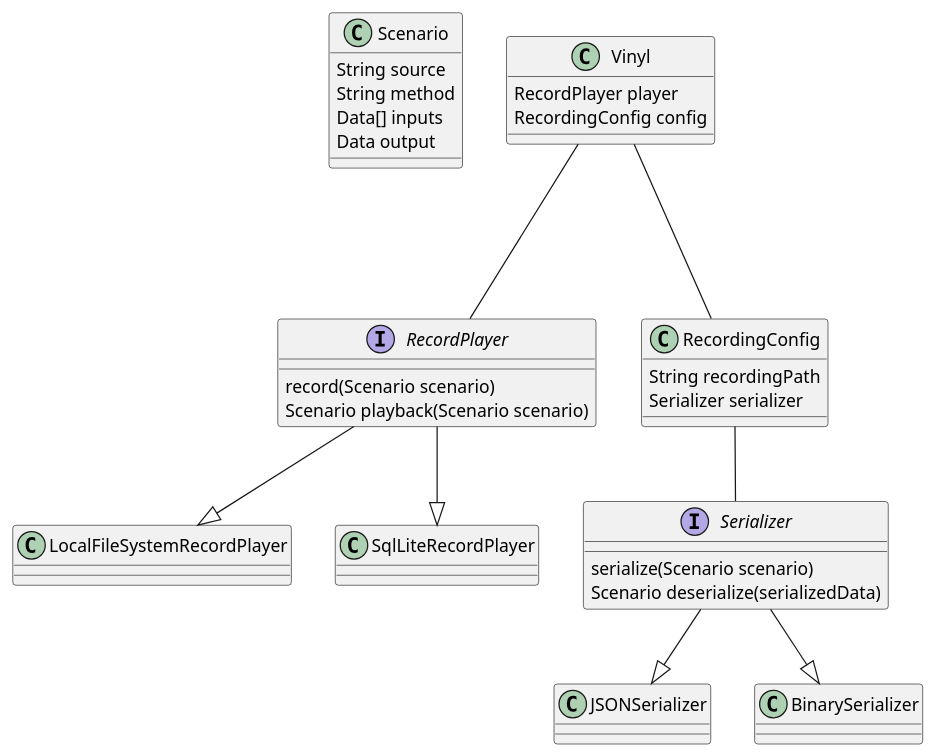
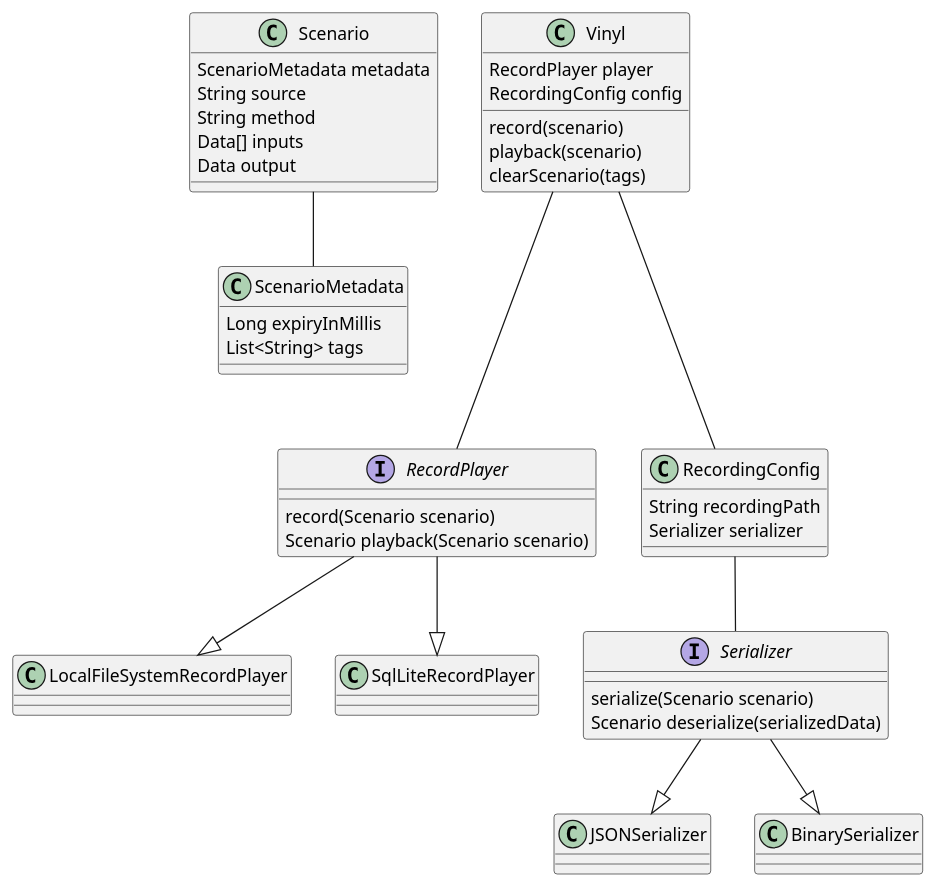
Before and after one commit to UrbanCompass/vinyl: the diagram in src/main/resources/Vinyl.puml, drawn with PlantUML.

Commit message:
Updated class diagram for vinyl

```diff
--- a/src/main/resources/Vinyl.puml
+++ b/src/main/resources/Vinyl.puml
@@ -1,41 +1,54 @@
 @startuml
 
+'To be used with https://www.planttext.com/
+
 class Scenario {
+    ScenarioMetadata metadata
     String source
     String method
     Data[] inputs
     Data output
+}
+
+class ScenarioMetadata {
+    Long expiryInMillis
+    List<String> tags
 }
 
 interface RecordPlayer {
     record(Scenario scenario)
     Scenario playback(Scenario scenario)
 }
 
 interface Serializer {
     serialize(Scenario scenario)
     Scenario deserialize(serializedData)
 }
 
 RecordPlayer --|> LocalFileSystemRecordPlayer
 RecordPlayer --|> SqlLiteRecordPlayer
 
 Serializer --|> JSONSerializer
 Serializer --|> BinarySerializer
 
 class RecordingConfig {
     String recordingPath
     Serializer serializer
 }
 
 RecordingConfig -- Serializer
 
 class Vinyl {
     RecordPlayer player
     RecordingConfig config
+    record(scenario)
+    playback(scenario)
+    clearScenario(tags)
 }
+
+Scenario -- ScenarioMetadata
 
 Vinyl --- RecordPlayer
 Vinyl --- RecordingConfig
 
 @enduml
```
